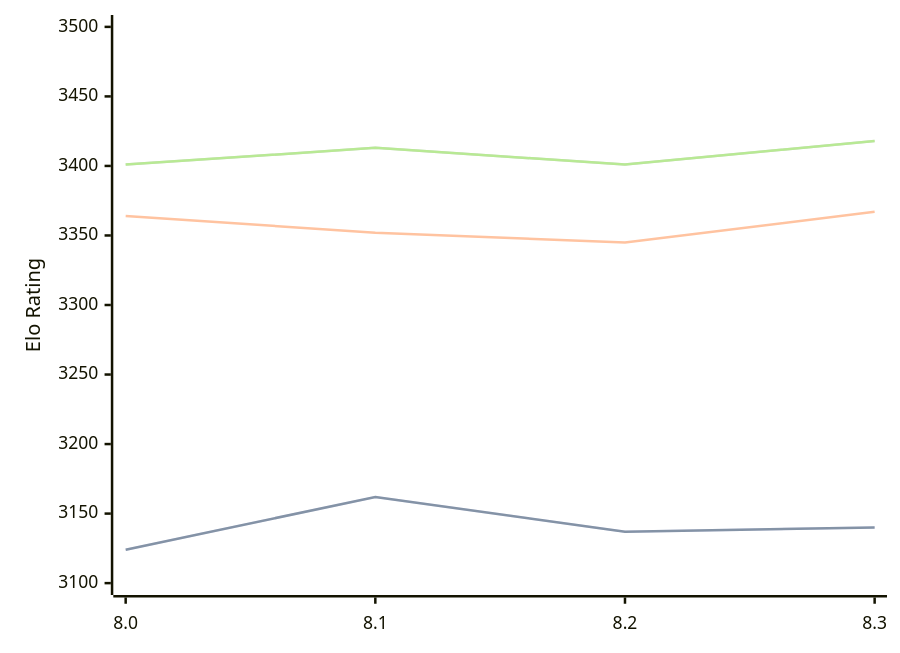
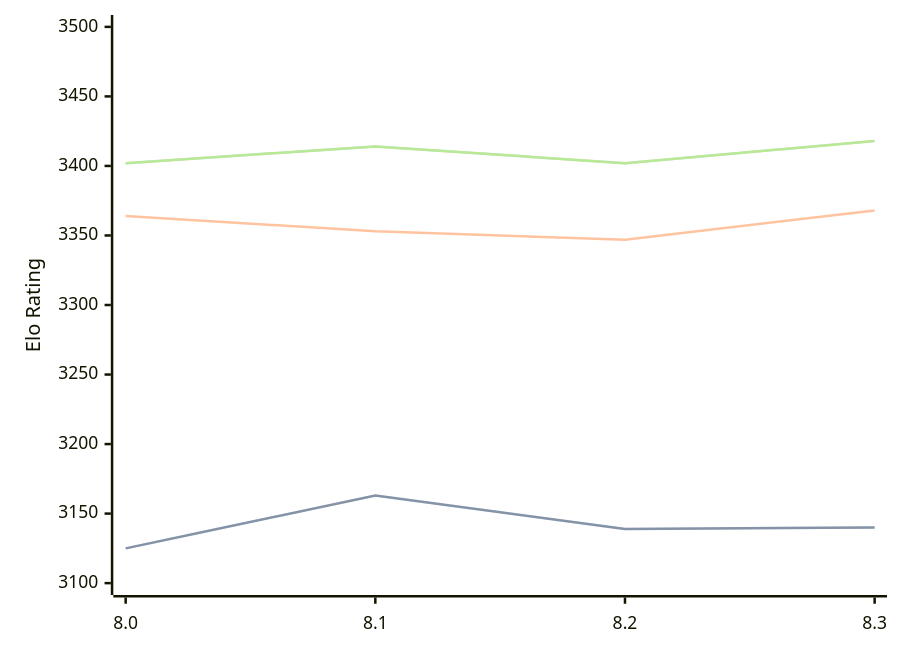
Before and after one commit to computer-chess-index/cci: the first of 3 diagrams in engines/Alexander.md, drawn with Mermaid. The commit also changed other lines of this file, not shown here.

Commit message:
Update CCI Ratings (ELO VLTC) - 2026-06-23

````diff
--- a/engines/Alexander.md
+++ b/engines/Alexander.md
@@ -48,11 +48,11 @@
 ```mermaid
 %%{init: {"theme":"base","themeVariables":{"seriesColors:['#a3a3a3','#222221','#faa371']}}}%%
 xychart-beta
   x-axis ["8.0", "8.1", "8.2", "8.3"]
   y-axis "Elo Rating" 3100 --> 3500
-  line "STC (8.0+0.08s)" [3124, 3162, 3137, 3140]
-  line "STC (8.0+0.08s)" [3124, 3162, 3137, 3140]
-  line "LTC (60.0+0.60s)" [3364, 3352, 3345, 3367]
-  line "VLTC (2m24s+1.12s)" [3401, 3413, 3401, 3418]
-  line "VLTC (2m24s+1.12s)" [3401, 3413, 3401, 3418]
+  line "STC (8.0+0.08s)" [3125, 3163, 3139, 3140]
+  line "STC (8.0+0.08s)" [3125, 3163, 3139, 3140]
+  line "LTC (60.0+0.60s)" [3364, 3353, 3347, 3368]
+  line "VLTC (2m24s+1.12s)" [3402, 3414, 3402, 3418]
+  line "VLTC (2m24s+1.12s)" [3402, 3414, 3402, 3418]
 ```
````
